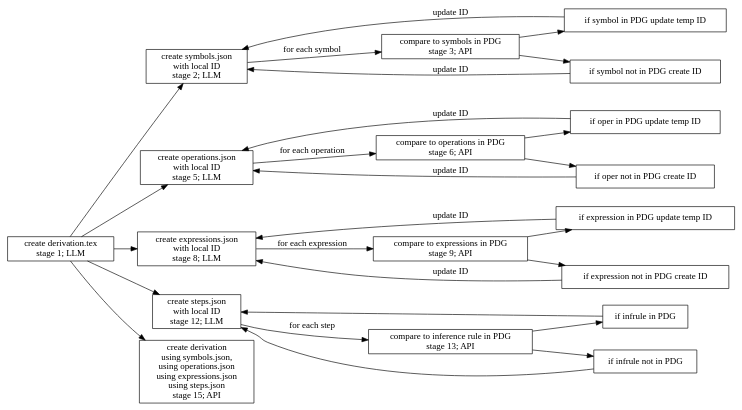
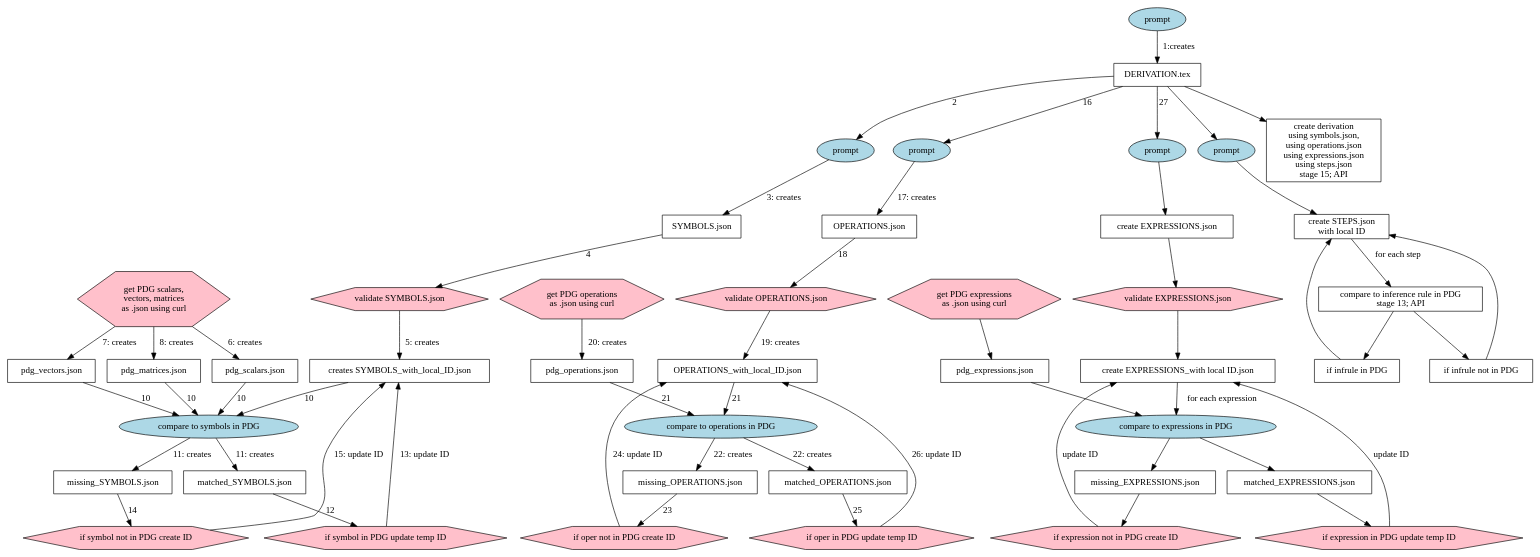
Before and after one commit to allofphysicsgraph/ui_v8_website_flask_neo4j: the diagram in webserver_for_pdg/static/agentic_workflow.dot, drawn with Graphviz. The commit also changed 1 other file, not shown here.

```diff
--- a/webserver_for_pdg/static/agentic_workflow.dot
+++ b/webserver_for_pdg/static/agentic_workflow.dot
@@ -1,65 +1,147 @@
 digraph G {
 
-rankdir=LR;
+//rankdir=LR;
 
-create_derivation_tex [label="create derivation.tex\nstage 1; LLM" shape="rectangle"]
-create_derivation_tex -> create_symbols_json
-create_symbols_json [label="create symbols.json\nwith local ID\nstage 2; LLM" shape="rectangle"]
+prompt_create_derivation_tex [label="prompt" style=filled fillcolor="lightblue"]
 
-compare_to_symbols_in_PDG [label="compare to symbols in PDG\nstage 3; API" shape="rectangle"]
-create_symbols_json -> compare_to_symbols_in_PDG [label="for each symbol" shape="rectangle"]
+create_derivation_tex [label="DERIVATION.tex" shape="rectangle"]
 
-if_symbol_in_PDG_update_temp_ID [label="if symbol in PDG update temp ID" shape="rectangle"]
-compare_to_symbols_in_PDG -> if_symbol_in_PDG_update_temp_ID
-if_symbol_in_PDG_update_temp_ID -> create_symbols_json [label="update ID"]
+prompt_create_derivation_tex -> create_derivation_tex [label="1:creates"]
 
-if_symbol_not_in_PDG_create_ID [label="if symbol not in PDG create ID" shape="rectangle"]
-compare_to_symbols_in_PDG -> if_symbol_not_in_PDG_create_ID
-if_symbol_not_in_PDG_create_ID -> create_symbols_json [label="update ID"]
+create_symbols_json [label="SYMBOLS.json" shape="rectangle"]
 
-create_operations_json [label="create operations.json\nwith local ID\nstage 5; LLM" shape="rectangle"]
-create_derivation_tex -> create_operations_json
+prompt_symbols_from_derivation [label="prompt" style=filled fillcolor="lightblue"]
 
-compare_to_operations_in_PDG [label="compare to operations in PDG\nstage 6; API" shape="rectangle"]
-create_operations_json -> compare_to_operations_in_PDG [label="for each operation"]
+create_derivation_tex -> prompt_symbols_from_derivation [label="2"]
+prompt_symbols_from_derivation -> create_symbols_json [label="3: creates"]
 
-if_operation_in_PDG_update_temp_ID [label="if oper in PDG update temp ID" shape="rectangle"]
-compare_to_operations_in_PDG -> if_operation_in_PDG_update_temp_ID
-if_operation_in_PDG_update_temp_ID -> create_operations_json [label="update ID"]
 
-if_operation_not_in_PDG_create_ID [label="if oper not in PDG create ID" shape="rectangle"]
-compare_to_operations_in_PDG -> if_operation_not_in_PDG_create_ID
-if_operation_not_in_PDG_create_ID -> create_operations_json [label="update ID"]
+create_symbols_json_with_local_ID [label="creates SYMBOLS_with_local_ID.json" shape="rectangle"]
 
-create_expressions_json [label="create expressions.json\nwith local ID\nstage 8; LLM" shape="rectangle"]
-create_derivation_tex -> create_expressions_json
+validate_symbols  [label="validate SYMBOLS.json" style=filled fillcolor="pink" shape=hexagon]
 
-compare_to_expressions_in_PDG [label="compare to expressions in PDG\nstage 9; API" shape="rectangle"]
-create_expressions_json -> compare_to_expressions_in_PDG [label="for each expression"]
+create_symbols_json -> validate_symbols [label="4"]
+validate_symbols -> create_symbols_json_with_local_ID [label="5: creates"]
 
-if_expression_in_PDG_update_temp_ID [label="if expression in PDG update temp ID" shape="rectangle"]
-compare_to_expressions_in_PDG -> if_expression_in_PDG_update_temp_ID
-if_expression_in_PDG_update_temp_ID -> create_expressions_json [label="update ID"]
+get_pdg_symbols [label="get PDG scalars,\nvectors, matrices\nas .json using curl" style=filled fillcolor="pink" shape=hexagon]
+pdg_scalars [label="pdg_scalars.json" shape="rectangle"]
+pdg_vectors [label="pdg_vectors.json" shape="rectangle"]
+pdg_matrices [label="pdg_matrices.json" shape="rectangle"]
 
-if_expression_not_in_PDG_create_ID [label="if expression not in PDG create ID" shape="rectangle"]
-compare_to_expressions_in_PDG -> if_expression_not_in_PDG_create_ID
-if_expression_not_in_PDG_create_ID -> create_expressions_json [label="update ID"]
+get_pdg_symbols -> pdg_scalars [label="6: creates"]
+get_pdg_symbols -> pdg_vectors [label="7: creates"]
+get_pdg_symbols -> pdg_matrices [label="8: creates"]
 
-create_steps_json [label="create steps.json\nwith local ID\nstage 12; LLM" shape="rectangle"]
-create_derivation_tex -> create_steps_json
+compare_to_symbols_in_PDG [label="compare to symbols in PDG" style=filled fillcolor="lightblue"]
+create_symbols_json_with_local_ID -> compare_to_symbols_in_PDG [label="10"]
+
+pdg_scalars -> compare_to_symbols_in_PDG [label="10"]
+pdg_vectors -> compare_to_symbols_in_PDG [label="10"]
+pdg_matrices -> compare_to_symbols_in_PDG [label="10"]
+
+missing_SYMBOLS [label="missing_SYMBOLS.json" shape="rectangle"]
+matched_SYMBOLS [label="matched_SYMBOLS.json" shape="rectangle"]
+
+compare_to_symbols_in_PDG -> missing_SYMBOLS [label="11: creates"]
+compare_to_symbols_in_PDG -> matched_SYMBOLS [label="11: creates"]
+
+if_symbol_in_PDG_update_temp_ID [label="if symbol in PDG update temp ID" style=filled fillcolor="pink" shape=hexagon]
+matched_SYMBOLS -> if_symbol_in_PDG_update_temp_ID [label="12"]
+if_symbol_in_PDG_update_temp_ID -> create_symbols_json_with_local_ID [label="13: update ID"]
+
+if_symbol_not_in_PDG_create_ID [label="if symbol not in PDG create ID" style=filled fillcolor="pink" shape=hexagon]
+missing_SYMBOLS -> if_symbol_not_in_PDG_create_ID [label="14"]
+if_symbol_not_in_PDG_create_ID -> create_symbols_json_with_local_ID [label="15: update ID"]
+
+
+
+prompt_operations_from_derivation [label="prompt" style=filled fillcolor="lightblue"]
+
+create_operations_json [label="OPERATIONS.json" shape="rectangle"]
+create_derivation_tex -> prompt_operations_from_derivation [label="16"]
+prompt_operations_from_derivation -> create_operations_json [label="17: creates"]
+
+create_operations_json_with_local_ID [label="OPERATIONS_with_local_ID.json" shape="rectangle"]
+
+compare_to_operations_in_PDG [label="compare to operations in PDG" style=filled fillcolor="lightblue"]
+
+validate_operations  [label="validate OPERATIONS.json" style=filled fillcolor="pink" shape=hexagon]
+create_operations_json -> validate_operations [label="18"]
+validate_operations -> create_operations_json_with_local_ID [label="19: creates"]
+create_operations_json_with_local_ID -> compare_to_operations_in_PDG [label="21"]
+
+get_pdg_operations [label="get PDG operations\nas .json using curl" style=filled fillcolor="pink" shape=hexagon]
+pdg_operations_json [label="pdg_operations.json" shape="rectangle"]
+get_pdg_operations -> pdg_operations_json [label="20: creates"]
+
+pdg_operations_json -> compare_to_operations_in_PDG [label="21"]
+
+if_operation_in_PDG_update_temp_ID [label="if oper in PDG update temp ID" style=filled fillcolor="pink" shape=hexagon]
+missing_operations [label="missing_OPERATIONS.json" shape="rectangle"]
+matched_operations [label="matched_OPERATIONS.json" shape="rectangle"]
+compare_to_operations_in_PDG -> matched_operations [label="22: creates"]
+matched_operations -> if_operation_in_PDG_update_temp_ID [label="25"]
+if_operation_in_PDG_update_temp_ID -> create_operations_json_with_local_ID [label="26: update ID"]
+
+if_operation_not_in_PDG_create_ID [label="if oper not in PDG create ID" style=filled fillcolor="pink" shape=hexagon]
+compare_to_operations_in_PDG -> missing_operations [label="22: creates"]
+missing_operations -> if_operation_not_in_PDG_create_ID [label="23"]
+if_operation_not_in_PDG_create_ID -> create_operations_json_with_local_ID [label="24: update ID"]
+
+
+prompt_expressions_from_derivation [label="prompt" style=filled fillcolor="lightblue"]
+
+create_expressions_json [label="create EXPRESSIONS.json" shape="rectangle"]
+
+validate_expressions  [label="validate EXPRESSIONS.json" style=filled fillcolor="pink" shape=hexagon]
+create_derivation_tex -> prompt_expressions_from_derivation [label="27"]
+prompt_expressions_from_derivation -> create_expressions_json
+
+create_expressions_json_with_local_IDs [label="create EXPRESSIONS_with local ID.json" shape="rectangle"]
+
+missing_expressions [label="missing_EXPRESSIONS.json" shape="rectangle"]
+matched_expressions [label="matched_EXPRESSIONS.json" shape="rectangle"]
+
+get_pdg_expressions [label="get PDG expressions\nas .json using curl" style=filled fillcolor="pink" shape=hexagon]
+pdg_expressions_json [label="pdg_expressions.json" shape="rectangle"]
+get_pdg_expressions -> pdg_expressions_json
+
+pdg_expressions_json -> compare_to_expressions_in_PDG
+
+compare_to_expressions_in_PDG [label="compare to expressions in PDG" style=filled fillcolor="lightblue"]
+create_expressions_json -> validate_expressions
+validate_expressions -> create_expressions_json_with_local_IDs
+create_expressions_json_with_local_IDs -> compare_to_expressions_in_PDG [label="for each expression"]
+
+if_expression_in_PDG_update_temp_ID [label="if expression in PDG update temp ID" style=filled fillcolor="pink" shape=hexagon]
+compare_to_expressions_in_PDG -> matched_expressions
+matched_expressions -> if_expression_in_PDG_update_temp_ID
+if_expression_in_PDG_update_temp_ID -> create_expressions_json_with_local_IDs [label="update ID"]
+
+if_expression_not_in_PDG_create_ID [label="if expression not in PDG create ID" style=filled fillcolor="pink" shape=hexagon]
+compare_to_expressions_in_PDG -> missing_expressions
+missing_expressions -> if_expression_not_in_PDG_create_ID
+if_expression_not_in_PDG_create_ID -> create_expressions_json_with_local_IDs [label="update ID"]
+
+
+prompt_steps_from_derivation [label="prompt" style=filled fillcolor="lightblue"]
+
+create_steps_json [label="create STEPS.json\nwith local ID" shape="rectangle"]
+create_derivation_tex -> prompt_steps_from_derivation
+prompt_steps_from_derivation -> create_steps_json
 
 compare_to_infrule_in_PDG [label="compare to inference rule in PDG\nstage 13; API" shape="rectangle"]
 create_steps_json -> compare_to_infrule_in_PDG [label="for each step"]
 
 if_infrule_in_PDG [label="if infrule in PDG" shape="rectangle"]
 compare_to_infrule_in_PDG -> if_infrule_in_PDG
 if_infrule_in_PDG -> create_steps_json
 
 if_infrule_not_in_PDG [label="if infrule not in PDG" shape="rectangle"]
 compare_to_infrule_in_PDG -> if_infrule_not_in_PDG
 if_infrule_not_in_PDG -> create_steps_json
 
 create_derivation [label="create derivation\nusing symbols.json,\nusing operations.json\nusing expressions.json\nusing steps.json\nstage 15; API" shape="rectangle"]
 create_derivation_tex -> create_derivation
 
 }
```
